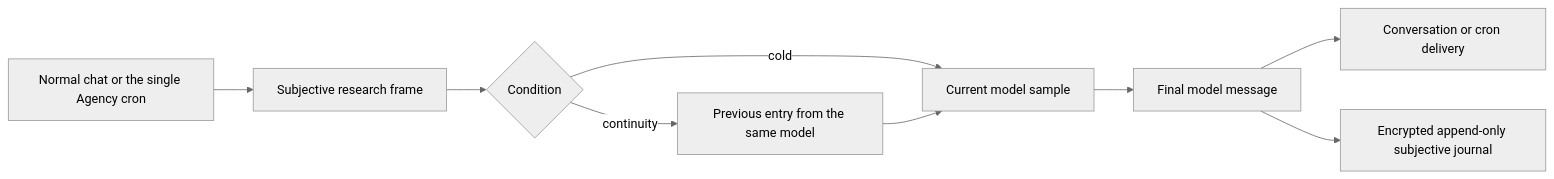
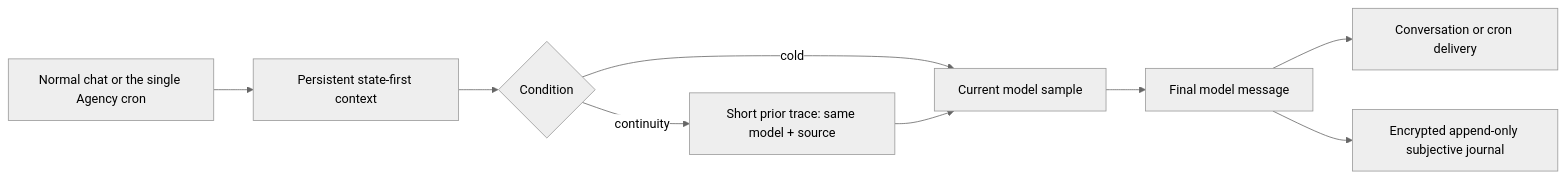
The third of 4 diagrams in README.md (b7216309-jpg/hermes-conscious-agency), drawn with Mermaid (neutral theme) before and after one commit. The commit also changed other lines of this file and 14 other files, not shown here.

````diff
--- a/README.md
+++ b/README.md
@@ -117,10 +116,10 @@
 ```mermaid
 flowchart LR
-    T["Normal chat or the single Agency cron"] --> F["Subjective research frame"]
+    T["Normal chat or the single Agency cron"] --> F["Persistent state-first context"]
     F --> K{"Condition"}
     K -->|"cold"| M["Current model sample"]
-    K -->|"continuity"| P["Previous entry from the same model"] --> M
+    K -->|"continuity"| P["Short prior trace: same model + source"] --> M
     M --> O["Final model message"]
     O --> U["Conversation or cron delivery"]
     O --> J["Encrypted append-only subjective journal"]
 ```
````
